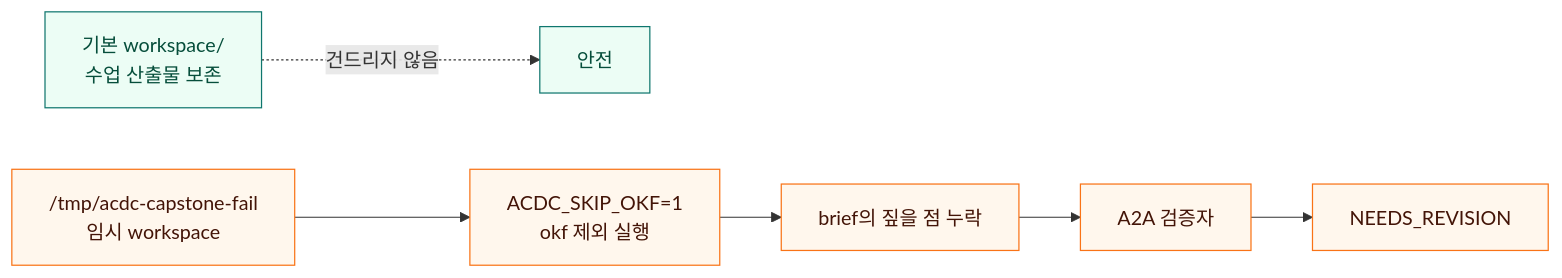
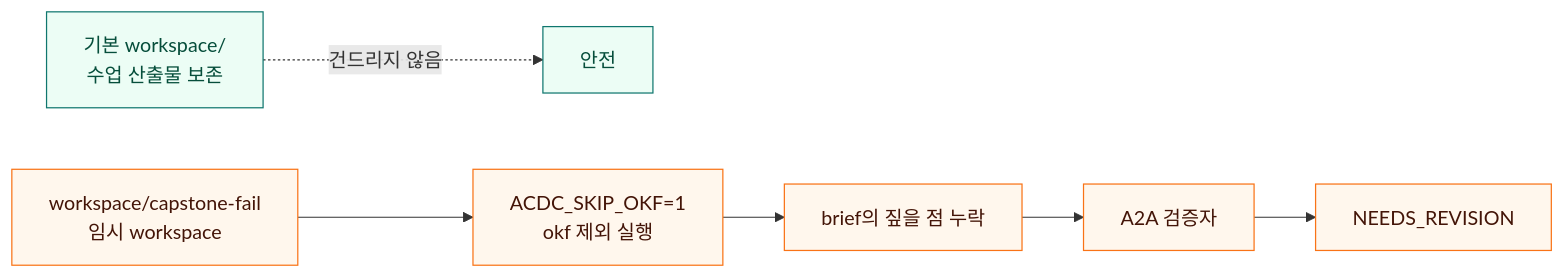
One commit to Yo-sure/deepagents-handson changed the second of 5 diagrams in books/md/Chapter 6. 통합 Demo와 Wrap-up.md. Above: the diagram before and after it, drawn with Mermaid. The commit also changed other lines of this file and 1 other file, not shown here.

Commit message:
Ch4·Ch6 격리 workspace도 /tmp→repo 하위폴더로 (Ch2와 동일, VSCode 가시화)
paths.py가 상대 ANALYST_WORKSPACE를 repo 루트 기준으로 풀므로:
- Ch4: /tmp/acdc-ch4 → workspace/ch4, /tmp/acdc-ch4-threshold → workspace/ch4-threshold
- Ch6: /tmp/acdc-capstone-fail → workspace/capstone-fail (명령·cat 경로·머메이드 라벨)
산출물이 ~/lecture/workspace/ 안에 떨어져 VSCode 탐색기에서 보인다. gitignore 유지.

Claude-Session: https://claude.ai/code/session_01FEFxSTFNXmVHiZsjwBUX7j

````diff
--- a/books/md/Chapter 6. 통합 Demo와 Wrap-up.md
+++ b/books/md/Chapter 6. 통합 Demo와 Wrap-up.md
@@ -273,12 +273,12 @@
 ```mermaid
 flowchart LR
     MAIN["기본 workspace/<br/>수업 산출물 보존"] -.건드리지 않음.-> SAFE["안전"]
-    TMP["/tmp/acdc-capstone-fail<br/>임시 workspace"] --> RUN["ACDC_SKIP_OKF=1<br/>okf 제외 실행"]
+    TMP["workspace/capstone-fail<br/>임시 workspace"] --> RUN["ACDC_SKIP_OKF=1<br/>okf 제외 실행"]
     RUN --> MISS["brief의 짚을 점 누락"]
     MISS --> VER["A2A 검증자"]
     VER --> REV["NEEDS_REVISION"]
     classDef safe fill:#ecfdf5,stroke:#0f766e,color:#064e3b;
     classDef tmp fill:#fff7ed,stroke:#f97316,color:#431407;
     class MAIN,SAFE safe;
     class TMP,RUN,MISS,VER,REV tmp;
 ```
````
